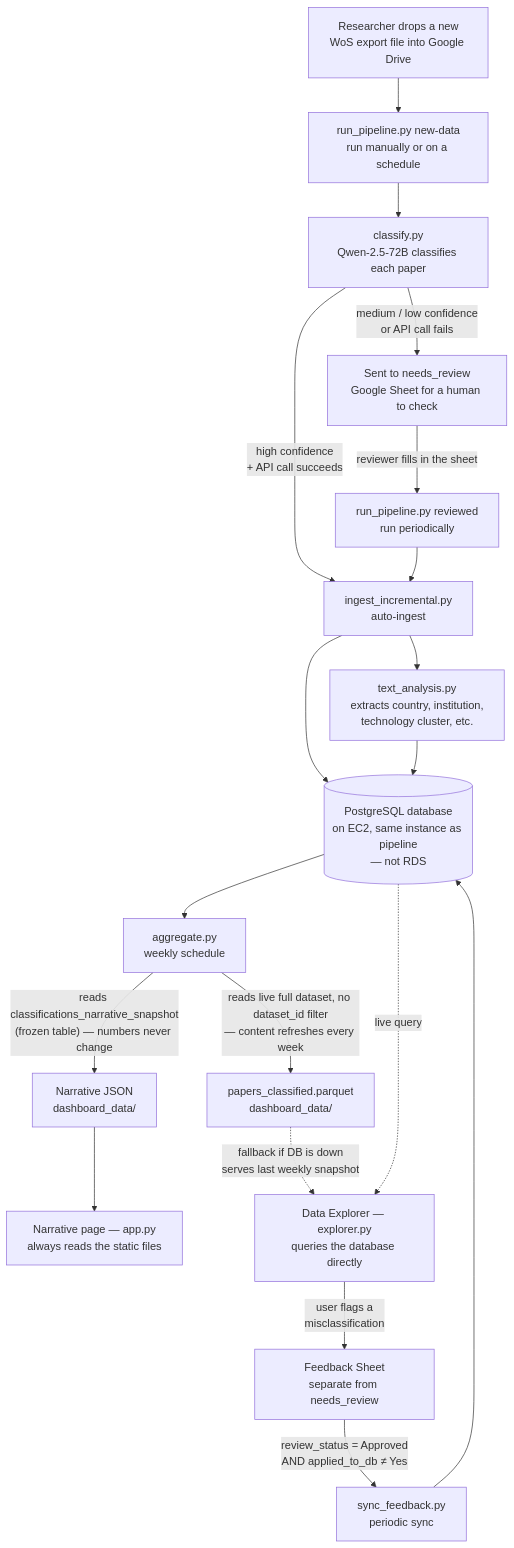
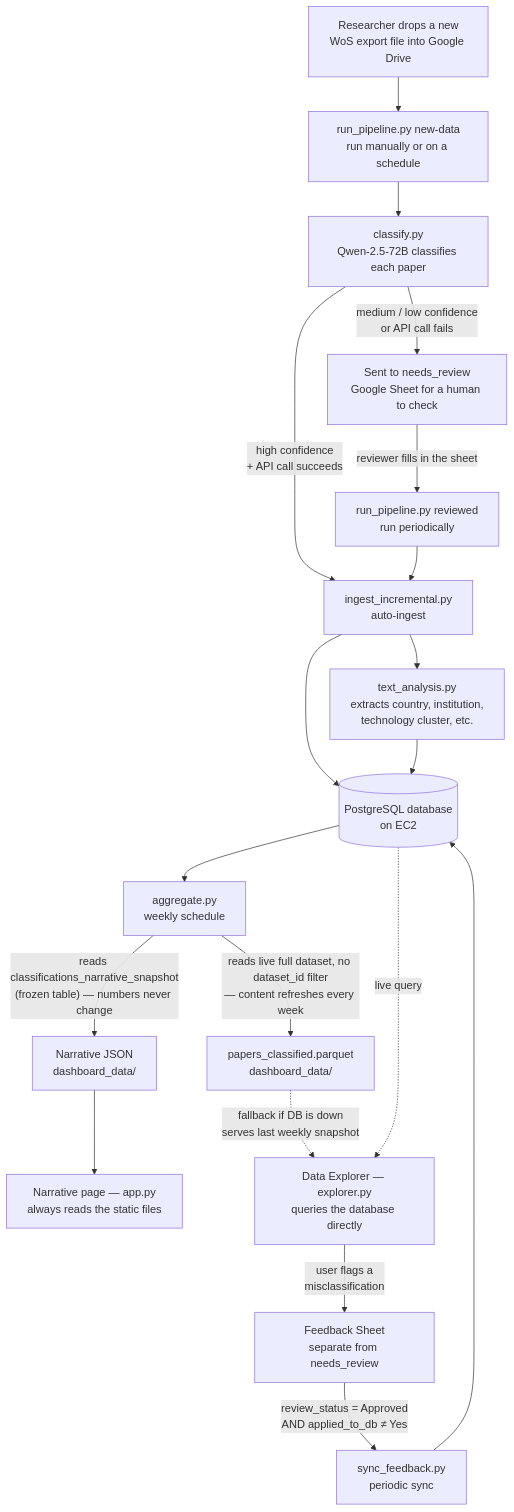
Before and after one commit to zhengyangl/Meco_Research_Platform_Production: the first of 2 diagrams in docs/architecture.md, drawn with Mermaid.

Commit message:
Simplify PostgreSQL database description in architecture
Removed mention of 'same instance as pipeline' from PostgreSQL database description.

````diff
--- a/docs/architecture.md
+++ b/docs/architecture.md
@@ -25,21 +25,21 @@
 ```mermaid
 flowchart TD
     A[Researcher drops a new<br/>WoS export file into Google Drive] --> B["run_pipeline.py new-data"<br/>run manually or on a schedule]
     B --> C[classify.py<br/>Qwen-2.5-72B classifies each paper]
     C -->|high confidence<br/>+ API call succeeds| D[ingest_incremental.py<br/>auto-ingest]
     C -->|medium / low confidence<br/>or API call fails| E[Sent to needs_review<br/>Google Sheet for a human to check]
     E -->|reviewer fills in the sheet| F["run_pipeline.py reviewed"<br/>run periodically]
     F --> D
-    D --> G[(PostgreSQL database<br/>on EC2, same instance as pipeline<br/>— not RDS)]
+    D --> G[(PostgreSQL database<br/>on EC2)]
     D --> H[text_analysis.py<br/>extracts country, institution,<br/>technology cluster, etc.]
     H --> G
     G --> I["aggregate.py<br/>weekly schedule"]
     I -->|"reads classifications_narrative_snapshot<br/>(frozen table) — numbers never change"| J1[Narrative JSON<br/>dashboard_data/]
     I -->|"reads live full dataset, no dataset_id filter<br/>— content refreshes every week"| J2[papers_classified.parquet<br/>dashboard_data/]
     J1 --> K[Narrative page — app.py<br/>always reads the static files]
     G -.live query.-> L[Data Explorer — explorer.py<br/>queries the database directly]
     J2 -.fallback if DB is down<br/>serves last weekly snapshot.-> L
     L -->|user flags a<br/>misclassification| M[Feedback Sheet<br/>separate from needs_review]
     M -->|"review_status = Approved<br/>AND applied_to_db ≠ Yes"| N[sync_feedback.py<br/>periodic sync]
     N --> G
 ```
````
